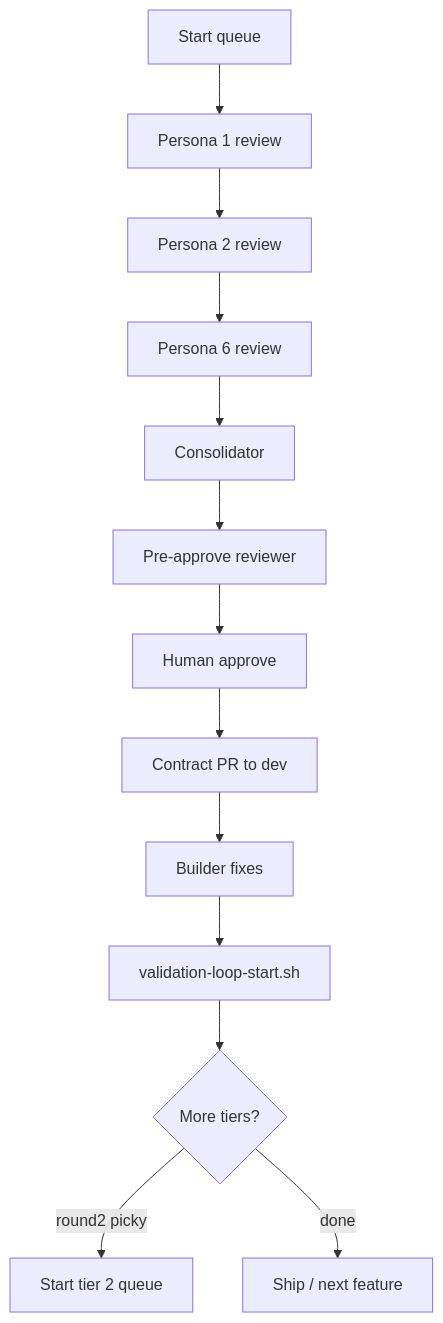
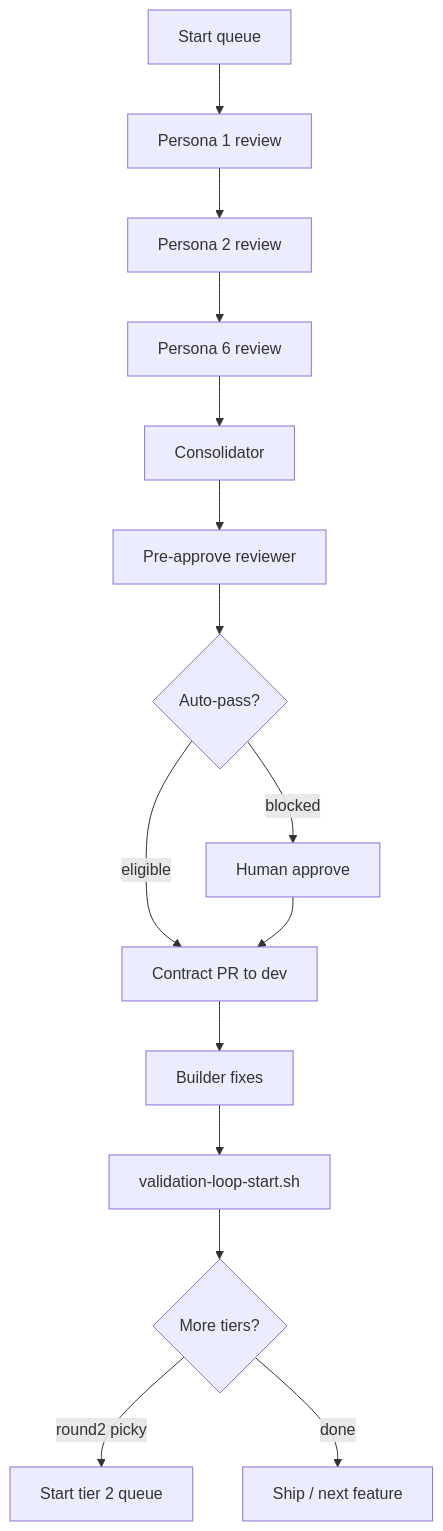
One commit to kenpoon555/rally changed the diagram in docs/product-review/PRODUCT-REVIEW-LOOP.md. Above: the diagram before and after it, drawn with Mermaid. The commit also changed other lines of this file and 12 other files, not shown here.

First line of the commit message:
Add product-review auto-pass and fix layer sequencing.

````diff
--- a/docs/product-review/PRODUCT-REVIEW-LOOP.md
+++ b/docs/product-review/PRODUCT-REVIEW-LOOP.md
@@ -13,15 +13,17 @@
 ```mermaid
 flowchart TD
   Q[Start queue] --> P1[Persona 1 review]
   P1 --> P2[Persona 2 review]
   P2 --> P6[Persona 6 review]
   P6 --> C[Consolidator]
   C --> R[Pre-approve reviewer]
-  R --> H[Human approve]
-  H --> L2[Contract PR to dev]
+  R --> AP{Auto-pass?}
+  AP -->|eligible| L2[Contract PR to dev]
+  AP -->|blocked| H[Human approve]
+  H --> L2
   L2 --> B[Builder fixes]
   B --> V[validation-loop-start.sh]
   V --> N{More tiers?}
   N -->|round2 picky| Q2[Start tier 2 queue]
   N -->|done| Done[Ship / next feature]
 ```
````
